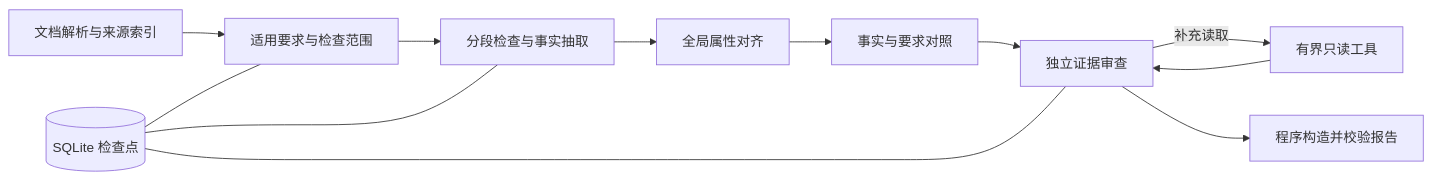
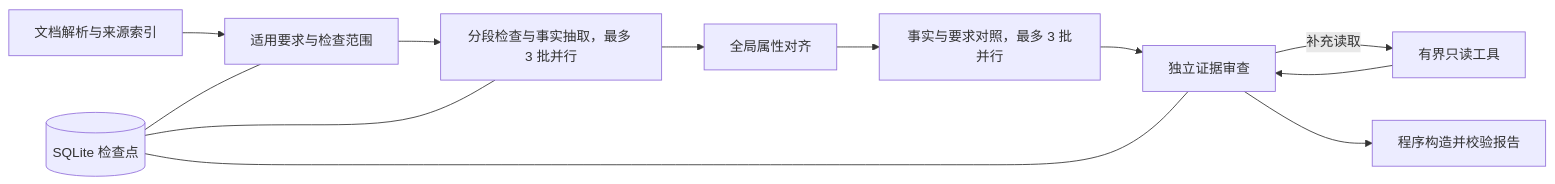
The diagram in docs/evidence-agent.md (VonSdite/Document-Check), drawn with Mermaid before and after one commit. The commit also changed other lines of this file and 13 other files, not shown here.

````diff
--- a/docs/evidence-agent.md
+++ b/docs/evidence-agent.md
@@ -7,14 +7,14 @@
 ```mermaid
 flowchart LR
     source[文档解析与来源索引] --> plan[适用要求与检查范围]
-    plan --> discover[分段检查与事实抽取]
+    plan --> discover[分段检查与事实抽取，最多 3 批并行]
     discover --> align[全局属性对齐]
-    align --> compare[事实与要求对照]
+    align --> compare[事实与要求对照，最多 3 批并行]
     compare --> review[独立证据审查]
     review -->|补充读取| tools[有界只读工具]
     tools --> review
     review --> report[程序构造并校验报告]
     checkpoint[(SQLite 检查点)] --- plan
     checkpoint --- discover
     checkpoint --- review
 ```
````
